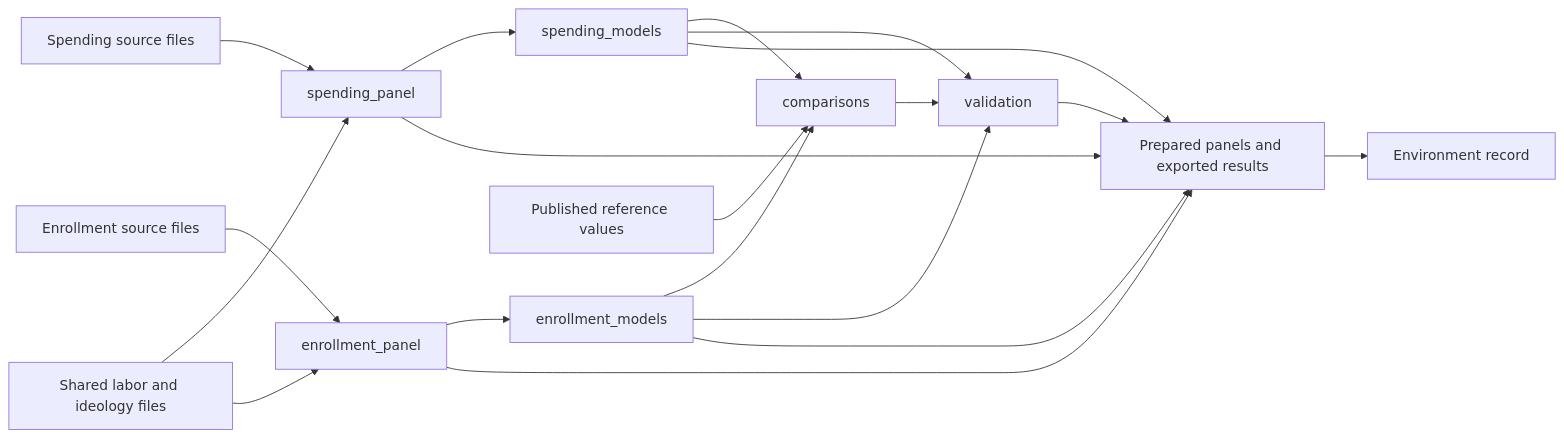
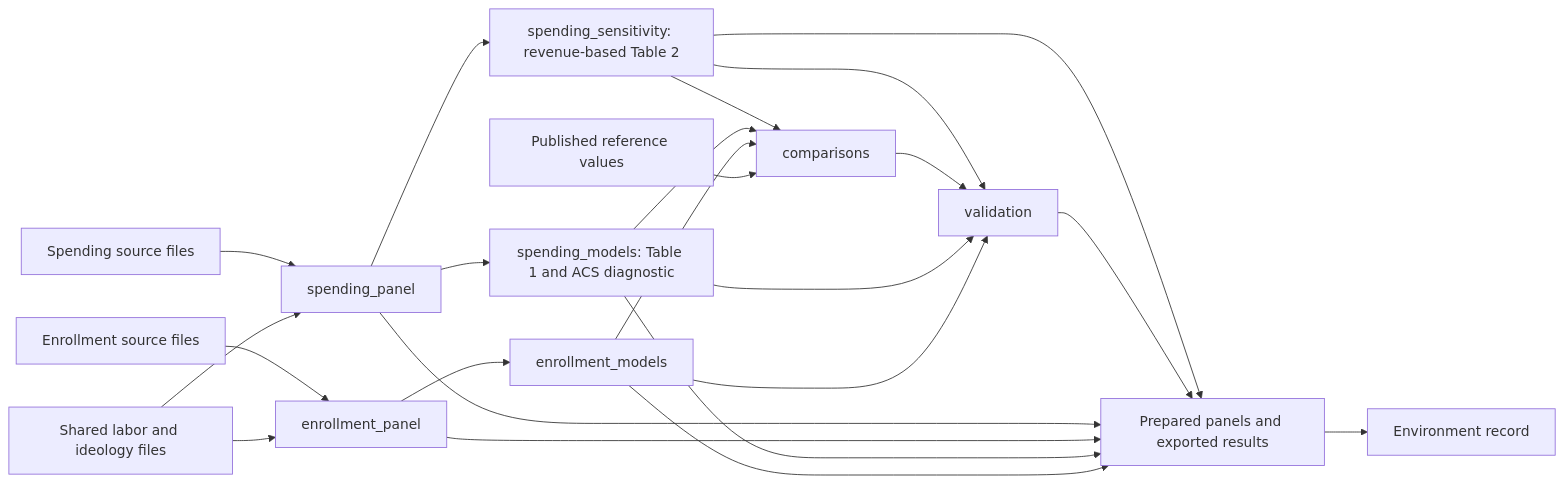
Before and after one commit to lmgibson/did-sensitivity-replication: the diagram in docs/explanation/workflow.md, drawn with Mermaid. The commit also changed other lines of this file and 23 other files, not shown here.

Commit message:
Integrate recovered revenue model into Table 2 workflow

````diff
--- a/docs/explanation/workflow.md
+++ b/docs/explanation/workflow.md
@@ -5,21 +5,25 @@
 ```mermaid
 flowchart LR
   S[Spending source files] --> SP[spending_panel]
   E[Enrollment source files] --> EP[enrollment_panel]
   C[Shared labor and ideology files] --> SP
   C --> EP
-  SP --> SM[spending_models]
+  SP --> SM[spending_models: Table 1 and ACS diagnostic]
+  SP --> SS[spending_sensitivity: revenue-based Table 2]
+  SS --> CMP
+  SS --> V
+  SS --> OUT
   EP --> EM[enrollment_models]
   SM --> CMP[comparisons]
   EM --> CMP
   REF[Published reference values] --> CMP
   CMP --> V[validation]
   SM --> V
   EM --> V
   V --> OUT[Prepared panels and exported results]
   SP --> OUT
   EP --> OUT
   SM --> OUT
   EM --> OUT
   OUT --> ENV[Environment record]
 ```
````
